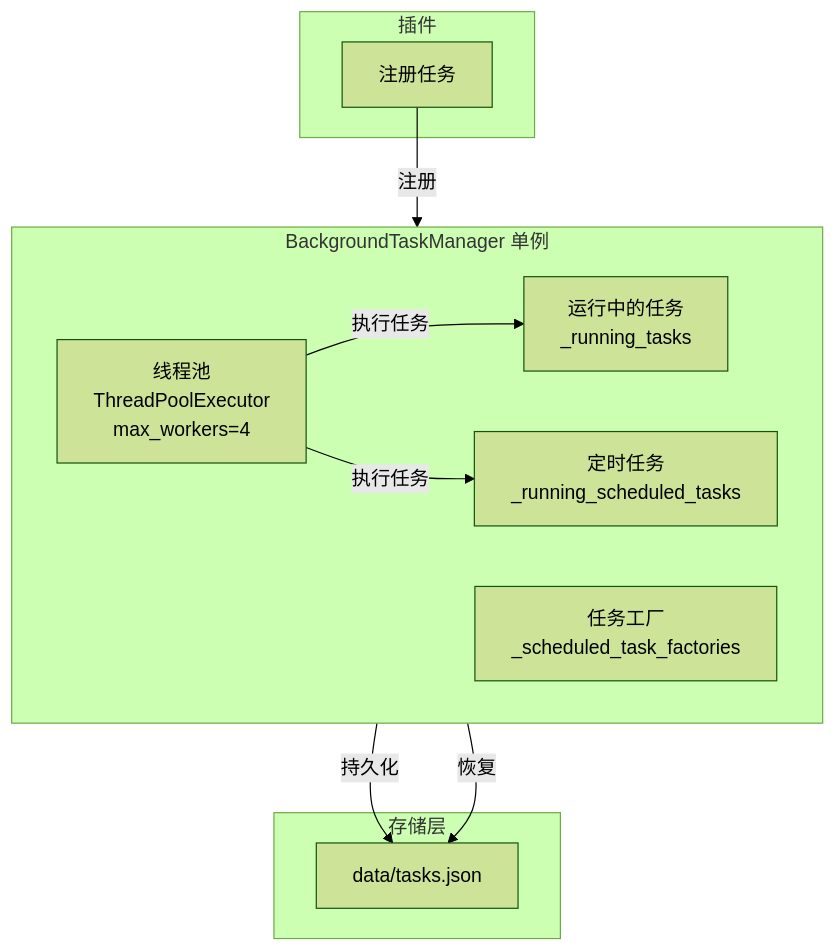
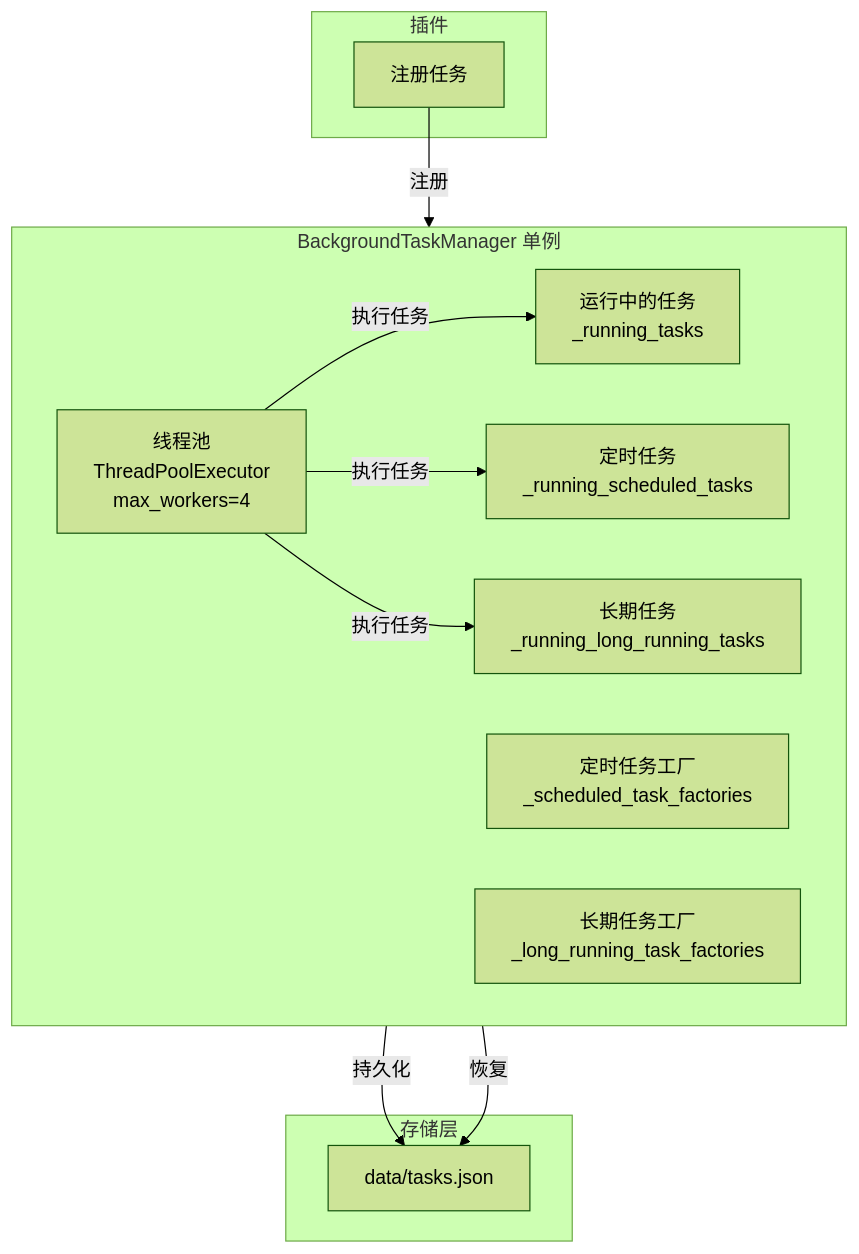
The second of 3 diagrams in docs/core/background-task/overview.md (KKPIP-Tech/InstructionX), drawn with Mermaid (forest theme) before and after one commit. The commit also changed other lines of this file and 11 other files, not shown here.

First line of the commit message:
feat(task): 新增长期后台任务类型 (LONG_RUNNING)

````diff
--- a/docs/core/background-task/overview.md
+++ b/docs/core/background-task/overview.md
@@ -112,23 +143,26 @@
 ```mermaid
 graph TB
     subgraph BTM["BackgroundTaskManager 单例"]
         Pool["线程池<br/>ThreadPoolExecutor<br/>max_workers=4"]
         RunningTasks["运行中的任务<br/>_running_tasks"]
         ScheduledTasks["定时任务<br/>_running_scheduled_tasks"]
-        Factories["任务工厂<br/>_scheduled_task_factories"]
+        LongRunningTasks["长期任务<br/>_running_long_running_tasks"]
+        ScheduledFactories["定时任务工厂<br/>_scheduled_task_factories"]
+        LongRunningFactories["长期任务工厂<br/>_long_running_task_factories"]
     end
 
     subgraph Storage["存储层"]
         JSON["data/tasks.json"]
     end
 
     subgraph Plugin["插件"]
         Register["注册任务"]
     end
 
     Pool -->|执行任务| RunningTasks
     Pool -->|执行任务| ScheduledTasks
+    Pool -->|执行任务| LongRunningTasks
     Register -->|注册| BTM
     BTM -->|持久化| JSON
     BTM -->|恢复| JSON
 ```
````
